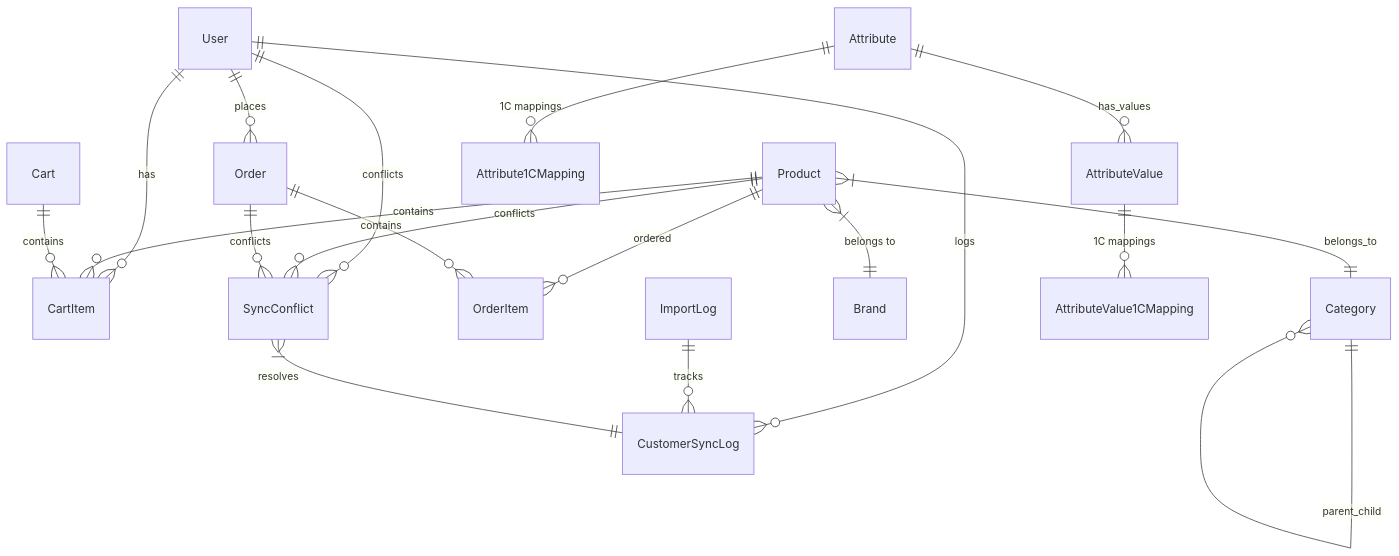
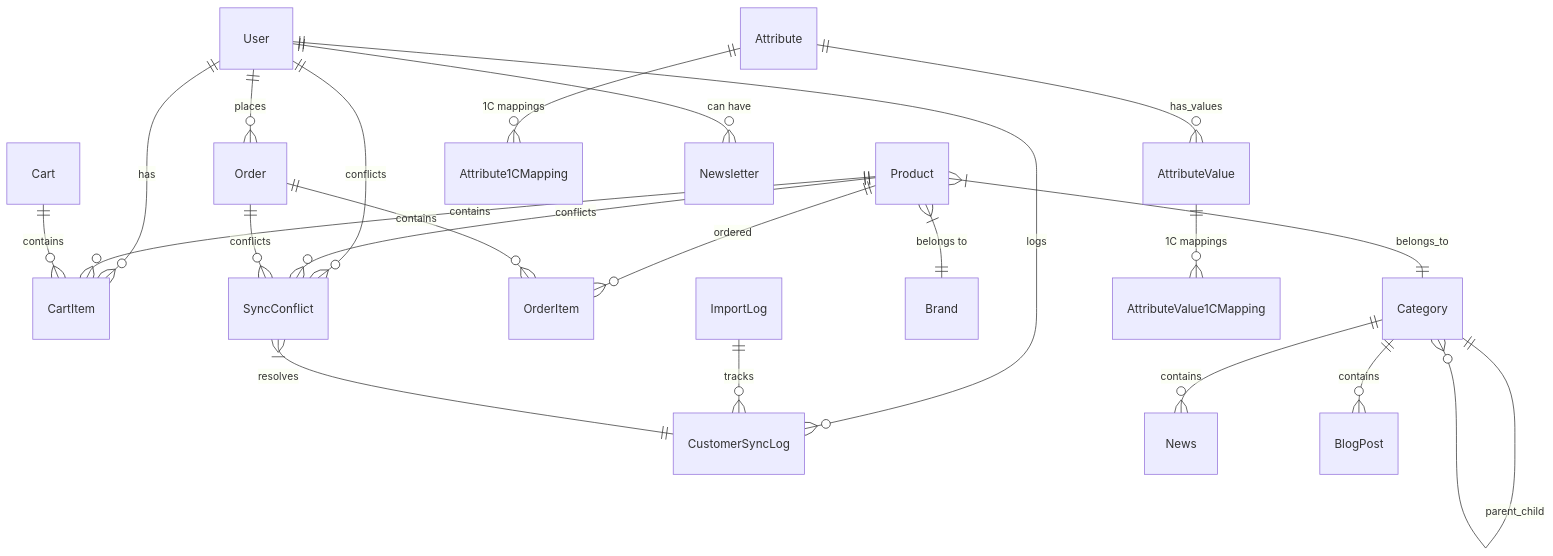
One commit to AlexMobiCraft/FREESPORT changed the second of 2 diagrams in docs/architecture/02-data-models.md. Above: the diagram before and after it, drawn with Mermaid. The commit also changed other lines of this file and 7 other files, not shown here.

````diff
--- a/docs/architecture/02-data-models.md
+++ b/docs/architecture/02-data-models.md
@@ -558,27 +615,31 @@
 ```mermaid
 erDiagram
     User ||--o{ Order : places
     User ||--o{ CartItem : has
     User ||--o{ CustomerSyncLog : logs
     User ||--o{ SyncConflict : conflicts
     
     Product ||--o{ CartItem : contains
     Product ||--o{ OrderItem : ordered
     Product }|--|| Category : belongs_to
     Product }|--|| Brand : "belongs to"
     Product ||--o{ SyncConflict : conflicts
     
     Order ||--o{ OrderItem : contains
     Order ||--o{ SyncConflict : conflicts
     
     Category ||--o{ Category : parent_child
     
     Cart ||--o{ CartItem : contains
     
     ImportLog ||--o{ CustomerSyncLog : tracks
     SyncConflict }|--|| CustomerSyncLog : resolves
     
     Attribute ||--o{ AttributeValue : has_values
     Attribute ||--o{ Attribute1CMapping : "1C mappings"
     AttributeValue ||--o{ AttributeValue1CMapping : "1C mappings"
+
+    Category ||--o{ News : contains
+    Category ||--o{ BlogPost : contains
+    User ||--o{ Newsletter : "can have"
 ```
````
